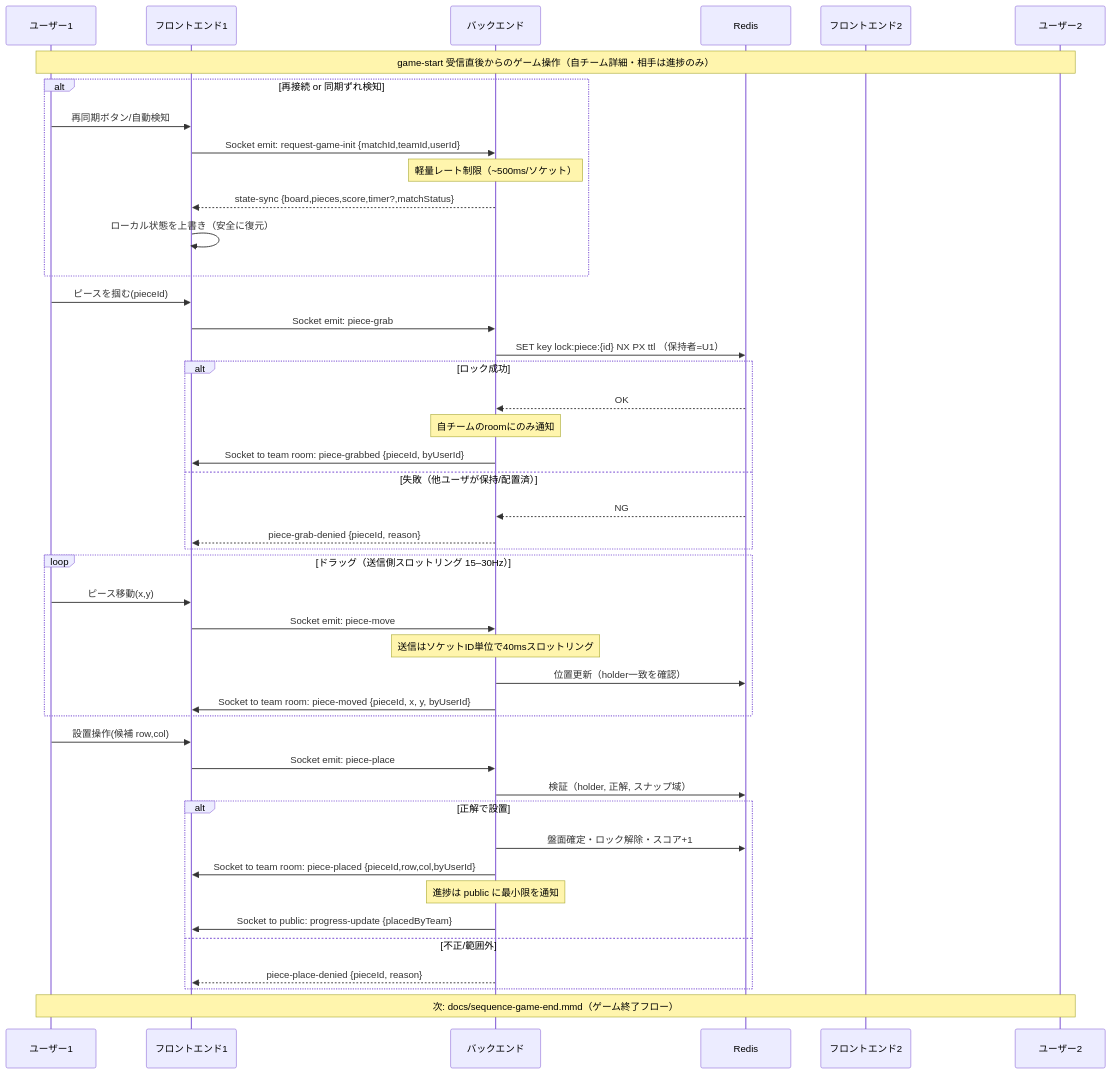
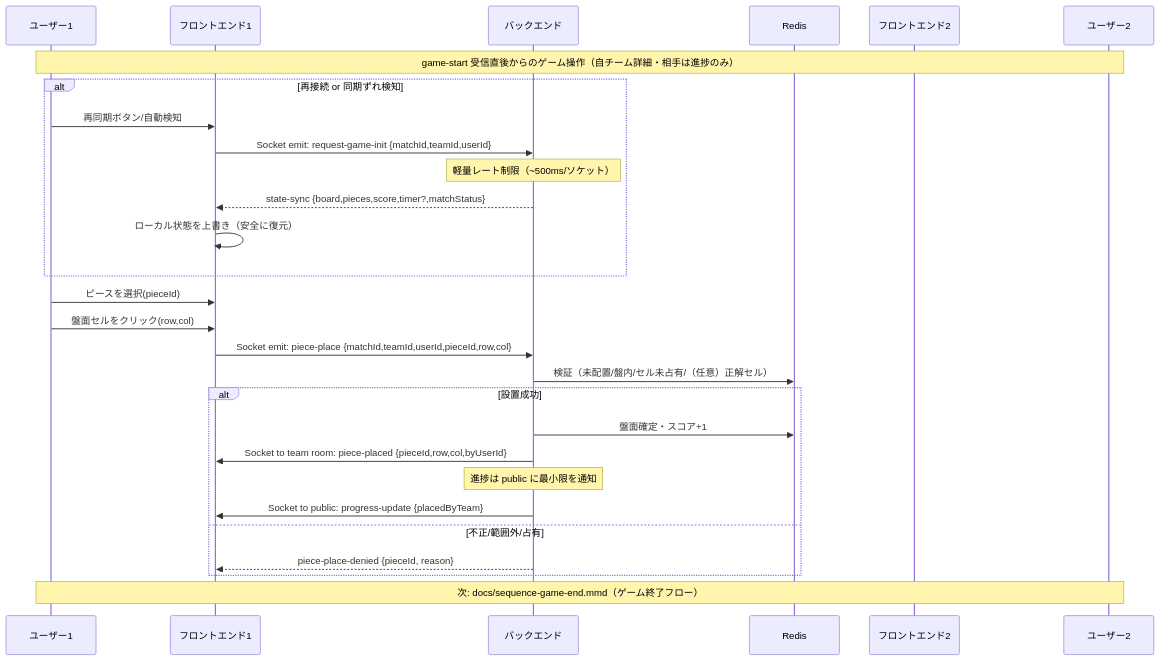
Before and after one commit to kotek-7/minpuzz: the diagram in docs/in-game/sequence-in-game.mmd, drawn with Mermaid. The commit also changed 4 other files, not shown here.

```diff
--- a/docs/in-game/sequence-in-game.mmd
+++ b/docs/in-game/sequence-in-game.mmd
@@ -1,55 +1,36 @@
 %%{init: {'theme':'default', 'themeVariables': {'primaryColor': '#4f46e5', 'primaryTextColor': '#fff', 'primaryBorderColor': '#3730a3', 'lineColor': '#374151', 'secondaryColor': '#e5e7eb', 'tertiaryColor': '#f3f4f6'}}}%%
 
-%% ゲーム中（通常操作：掴む→動かす→設置→進捗更新）
+%% ゲーム中（通常操作：選択→セルクリック→設置→進捗更新）
 sequenceDiagram
     participant U1 as ユーザー1
     participant F1 as フロントエンド1
     participant B as バックエンド
     participant R as Redis
     participant F2 as フロントエンド2
     participant U2 as ユーザー2
 
     Note over U1,U2: game-start 受信直後からのゲーム操作（自チーム詳細・相手は進捗のみ）
 
     %% 再接続/同期ずれ時のスナップショット再取得
     alt 再接続 or 同期ずれ検知
         U1->>F1: 再同期ボタン/自動検知
         F1->>B: Socket emit: request-game-init {matchId,teamId,userId}
         Note over B: 軽量レート制限（~500ms/ソケット）
         B-->>F1: state-sync {board,pieces,score,timer?,matchStatus}
         F1->>F1: ローカル状態を上書き（安全に復元）
     end
 
-    U1->>F1: ピースを掴む(pieceId)
-    F1->>B: Socket emit: piece-grab
-    B->>R: SET key lock:piece:{id} NX PX ttl （保持者=U1）
-    alt ロック成功
-        R-->>B: OK
-        Note over B: 自チームのroomにのみ通知
-        B->>F1: Socket to team room: piece-grabbed {pieceId, byUserId}
-    else 失敗（他ユーザが保持/配置済）
-        R-->>B: NG
-        B-->>F1: piece-grab-denied {pieceId, reason}
-    end
-
-    loop ドラッグ（送信側スロットリング 15–30Hz）
-        U1->>F1: ピース移動(x,y)
-        F1->>B: Socket emit: piece-move
-        Note over B: 送信はソケットID単位で40msスロットリング
-        B->>R: 位置更新（holder一致を確認）
-        B->>F1: Socket to team room: piece-moved {pieceId, x, y, byUserId}
-    end
-
-    U1->>F1: 設置操作(候補 row,col)
-    F1->>B: Socket emit: piece-place
-    B->>R: 検証（holder, 正解, スナップ域）
-    alt 正解で設置
-        B->>R: 盤面確定・ロック解除・スコア+1
+    U1->>F1: ピースを選択(pieceId)
+    U1->>F1: 盤面セルをクリック(row,col)
+    F1->>B: Socket emit: piece-place {matchId,teamId,userId,pieceId,row,col}
+    B->>R: 検証（未配置/盤内/セル未占有/（任意）正解セル）
+    alt 設置成功
+        B->>R: 盤面確定・スコア+1
         B->>F1: Socket to team room: piece-placed {pieceId,row,col,byUserId}
         Note over B: 進捗は public に最小限を通知
         B->>F1: Socket to public: progress-update {placedByTeam}
-    else 不正/範囲外
+    else 不正/範囲外/占有
         B-->>F1: piece-place-denied {pieceId, reason}
     end
 
     Note over U1,U2: 次: docs/sequence-game-end.mmd（ゲーム終了フロー）
```
